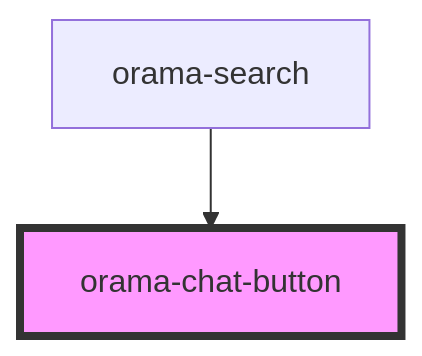
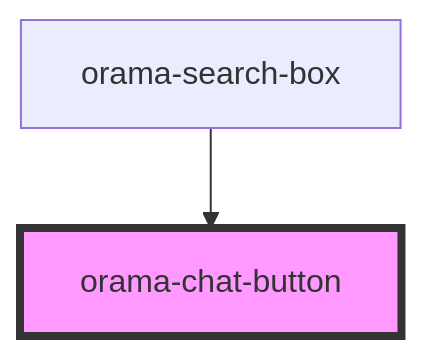
One commit to askorama/orama-ui-components changed the diagram in packages/ui-stencil/src/components/internal/orama-chat-button/readme.md. Above: the diagram before and after it, drawn with Mermaid. The commit also changed other lines of this file and 37 other files, not shown here.

````diff
--- a/packages/ui-stencil/src/components/internal/orama-chat-button/readme.md
+++ b/packages/ui-stencil/src/components/internal/orama-chat-button/readme.md
@@ -25,5 +25,5 @@
 ```mermaid
 graph TD;
-  orama-search --> orama-chat-button
+  orama-search-box --> orama-chat-button
   style orama-chat-button fill:#f9f,stroke:#333,stroke-width:4px
 ```
````
